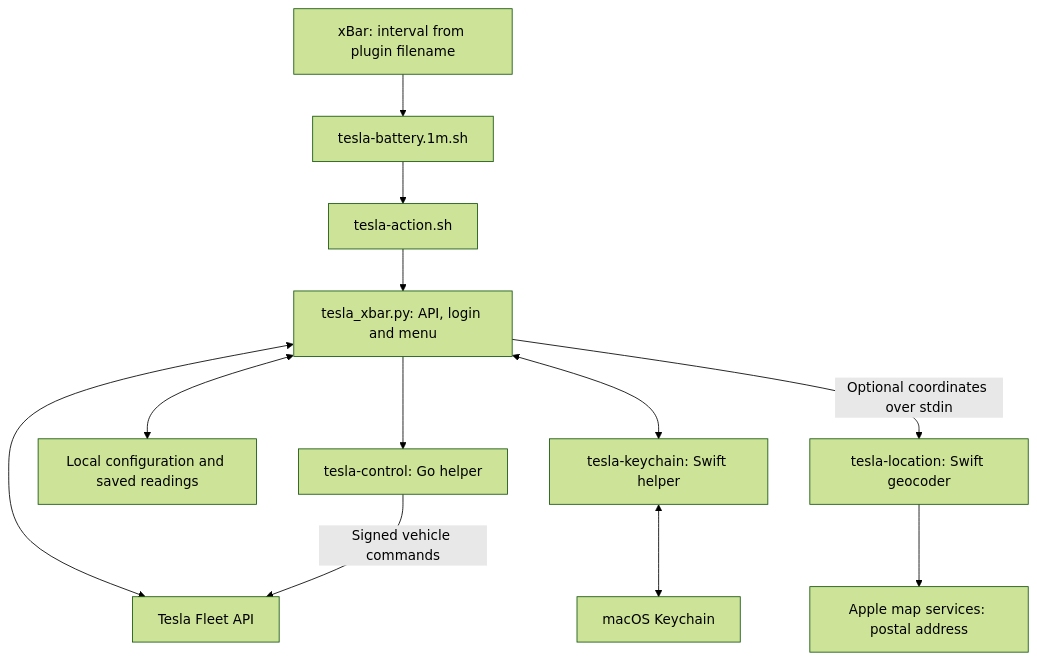
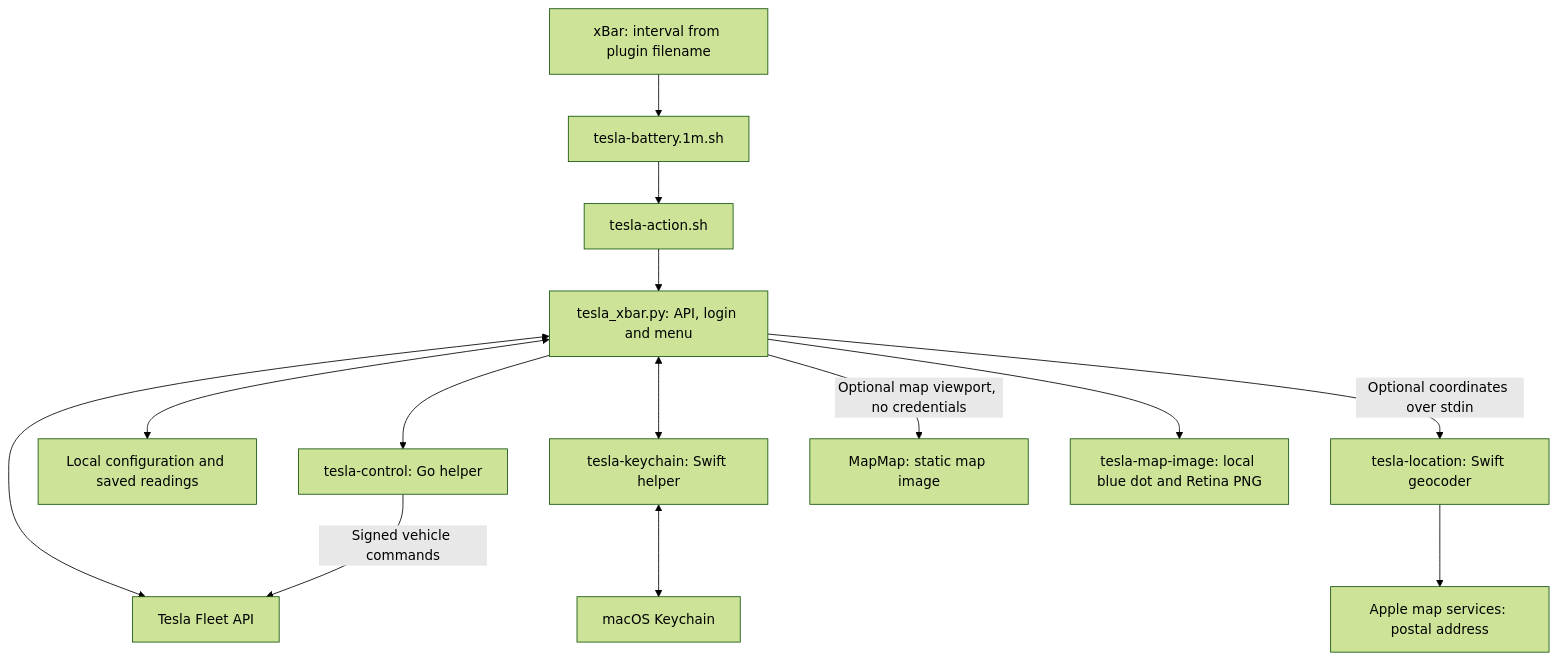
The diagram in README.md (kolisko/tesla-xbar), drawn with Mermaid (forest theme) before and after one commit. The commit also changed other lines of this file and 21 other files, not shown here.

Commit message:
Embed optional MapMap preview in Location

````diff
--- a/README.md
+++ b/README.md
@@ -50,14 +50,16 @@
 ```mermaid
 flowchart TD
     X["xBar: interval from plugin filename"] --> W["tesla-battery.1m.sh"]
     W --> L["tesla-action.sh"]
     L --> P["tesla_xbar.py: API, login and menu"]
     P <--> F["Tesla Fleet API"]
     P <--> K["tesla-keychain: Swift helper"]
     K <--> V["macOS Keychain"]
     P <--> D["Local configuration and saved readings"]
     P --> C["tesla-control: Go helper"]
     C -->|Signed vehicle commands| F
     P -->|Optional coordinates over stdin| G["tesla-location: Swift geocoder"]
     G --> A["Apple map services: postal address"]
+    P -->|Optional map viewport, no credentials| M["MapMap: static map image"]
+    P --> I["tesla-map-image: local blue dot and Retina PNG"]
 ```
````
